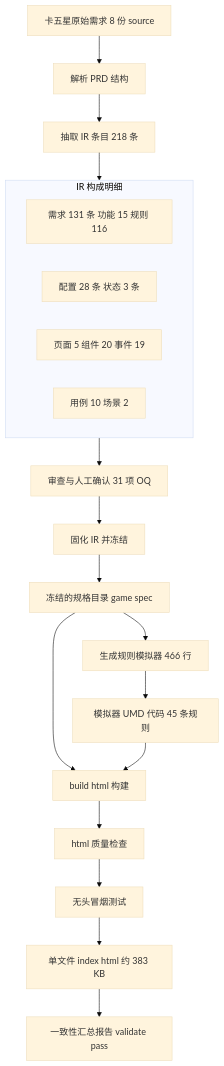
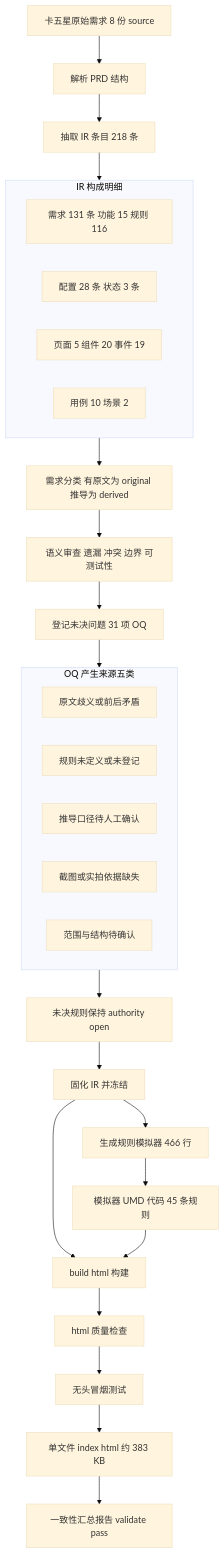
The first of 2 diagrams in dev-docs/guides/2026-11-09-mahjong-html-generation-guide.md (mickorz/PrdGameSkill), drawn with Mermaid (base theme) before and after one commit. The commit also changed other lines of this file, not shown here.

Commit message:
docs: 流程图补 OQ 产生机制
- mermaid 拆出需求分类 original derived 与语义审查节点，新增 OQ 产生来源五类 subgraph 与 authority open 保持节点
- 新增 OQ 是怎么分析出来的小节：两阶段产生机制（抽取分类不编造 + 审查五项语义检查）、五类来源典型例、OQ 完整生命周期闭环（登记到守卫到裁决到重生成）

````diff
--- a/dev-docs/guides/2026-11-09-mahjong-html-generation-guide.md
+++ b/dev-docs/guides/2026-11-09-mahjong-html-generation-guide.md
@@ -29,23 +29,33 @@
 ```mermaid
 flowchart TD
     A[卡五星原始需求 8 份 source] --> B[解析 PRD 结构]
     B --> C[抽取 IR 条目 218 条]
     subgraph S1 [IR 构成明细]
         C1[需求 131 条 功能 15 规则 116]
         C2[配置 28 条 状态 3 条]
         C3[页面 5 组件 20 事件 19]
         C4[用例 10 场景 2]
     end
     C --> S1
-    S1 --> D[审查与人工确认 31 项 OQ]
-    D --> E[固化 IR 并冻结]
-    E --> F[冻结的规格目录 game spec]
-    F --> G[生成规则模拟器 466 行]
-    G --> H[模拟器 UMD 代码 45 条规则]
-    F --> I[build html 构建]
-    H --> I
-    I --> J[html 质量检查]
-    J --> K[无头冒烟测试]
-    K --> L[单文件 index html 约 383 KB]
-    L --> M[一致性汇总报告 validate pass]
+    S1 --> D[需求分类 有原文为 original 推导为 derived]
+    D --> E[语义审查 遗漏 冲突 边界 可测试性]
+    E --> F[登记未决问题 31 项 OQ]
+    subgraph S2 [OQ 产生来源五类]
+        F1[原文歧义或前后矛盾]
+        F2[规则未定义或未登记]
+        F3[推导口径待人工确认]
+        F4[截图或实拍依据缺失]
+        F5[范围与结构待确认]
+    end
+    F --> S2
+    S2 --> G[未决规则保持 authority open]
+    G --> H[固化 IR 并冻结]
+    H --> I[生成规则模拟器 466 行]
+    I --> J[模拟器 UMD 代码 45 条规则]
+    H --> K[build html 构建]
+    J --> K
+    K --> L[html 质量检查]
+    L --> M[无头冒烟测试]
+    M --> N[单文件 index html 约 383 KB]
+    N --> O[一致性汇总报告 validate pass]
 ```
````
